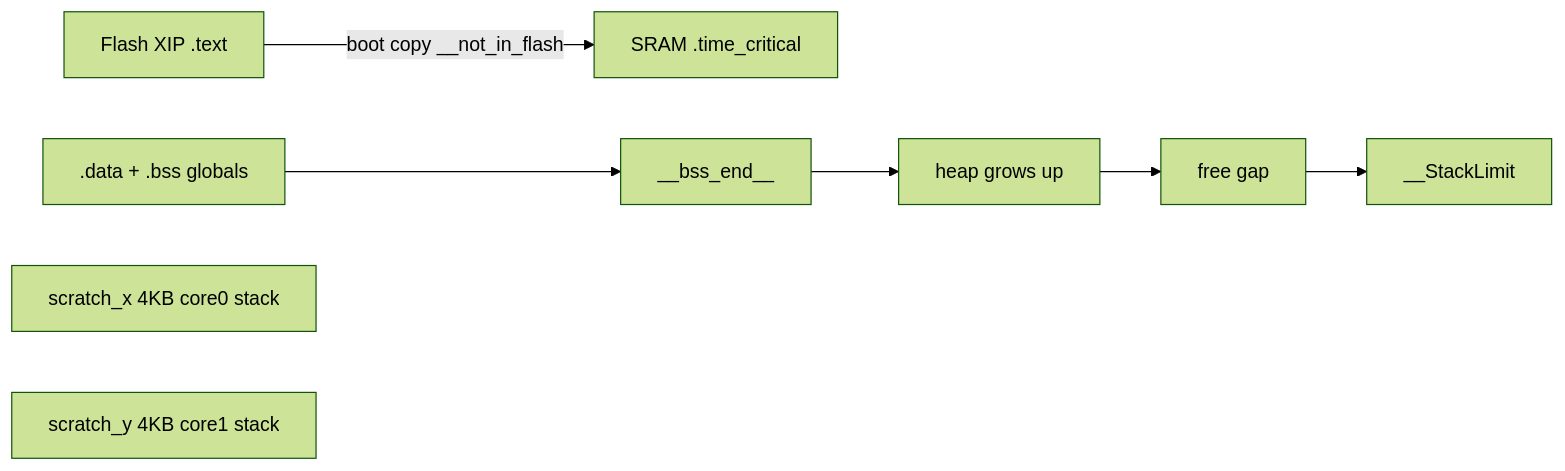
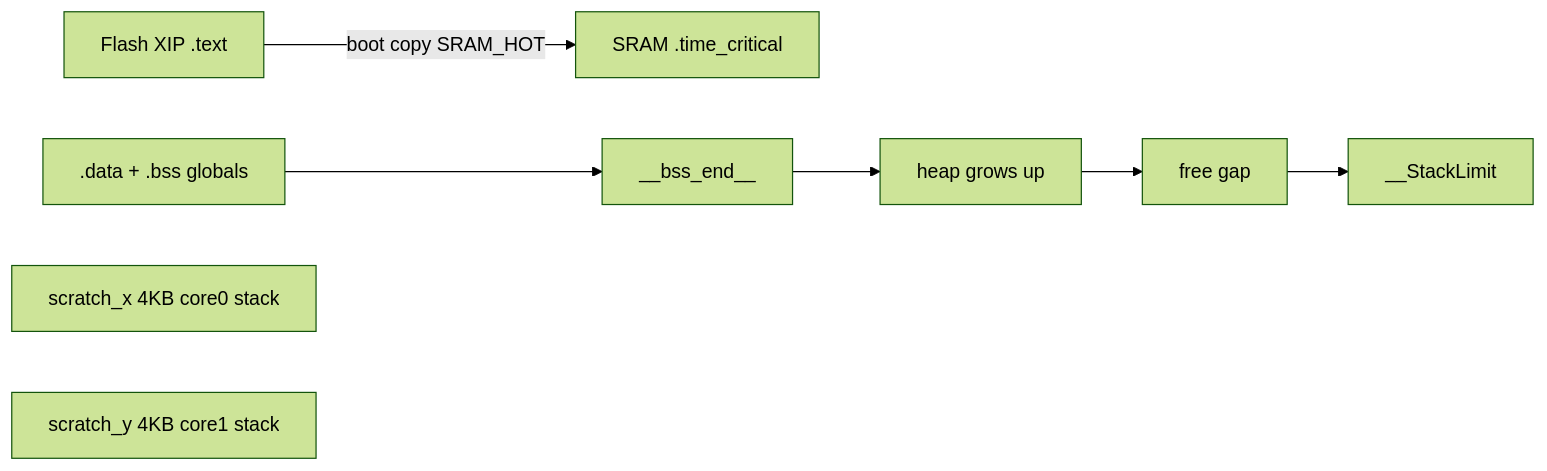
One commit to felipegaspari/DCO4-REBORN-DCO changed the diagram in docs/MEMORY.md. Above: the diagram before and after it, drawn with Mermaid (forest theme). The commit also changed other lines of this file and 39 other files, not shown here.

````diff
--- a/docs/MEMORY.md
+++ b/docs/MEMORY.md
@@ -17,10 +31,10 @@
 ```mermaid
 flowchart LR
-  flash["Flash XIP .text"] -->|"boot copy __not_in_flash"| ramText["SRAM .time_critical"]
+  flash["Flash XIP .text"] -->|"boot copy SRAM_HOT"| ramText["SRAM .time_critical"]
   data[".data + .bss globals"] --> bssEnd["__bss_end__"]
   bssEnd --> heap["heap grows up"]
   heap --> free["free gap"]
   free --> stackLim["__StackLimit"]
   scratchX["scratch_x 4KB core0 stack"]
   scratchY["scratch_y 4KB core1 stack"]
 ```
````
